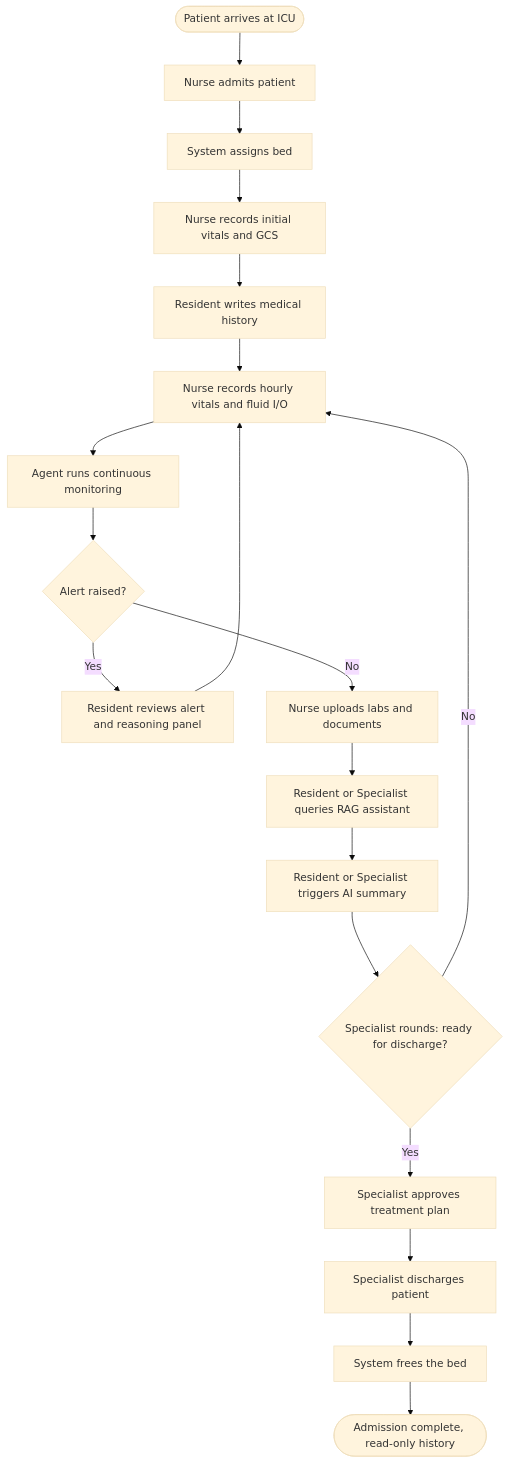
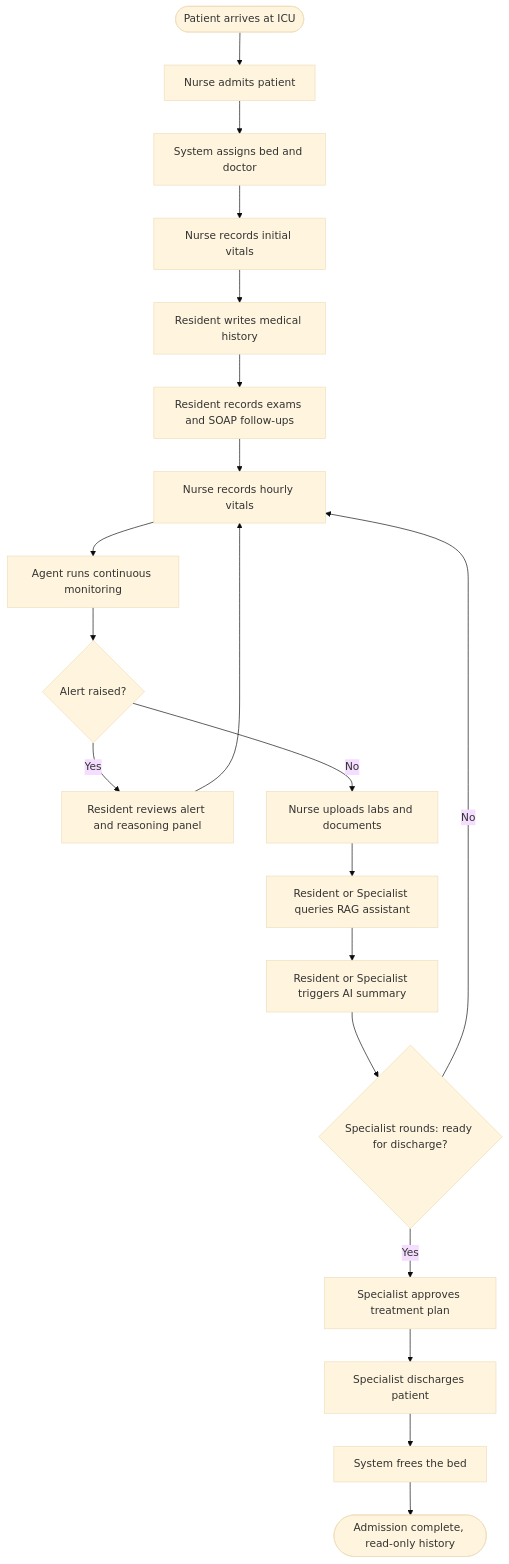
Diagram 16 of 16 in docs/System-Flows.md (ITI-OS-Team-2026/ICU-Management-Project), drawn with Mermaid (base theme) before and after one commit. The commit also changed other lines of this file and 9 other files, not shown here.

````diff
--- a/docs/System-Flows.md
+++ b/docs/System-Flows.md
@@ -457,23 +491,24 @@
 ```mermaid
 flowchart TD
     Start([Patient arrives at ICU]) --> Admit[Nurse admits patient]
-    Admit --> BedAssign[System assigns bed]
-    BedAssign --> InitialVitals[Nurse records initial vitals and GCS]
+    Admit --> BedAssign[System assigns bed and doctor]
+    BedAssign --> InitialVitals[Nurse records initial vitals]
     InitialVitals --> History[Resident writes medical history]
 
-    History --> VitalsLoop[Nurse records hourly vitals and fluid I/O]
+    History --> ExamFollowUp[Resident records exams and SOAP follow-ups]
+    ExamFollowUp --> VitalsLoop[Nurse records hourly vitals]
     VitalsLoop --> AgentLoop[Agent runs continuous monitoring]
     AgentLoop --> AlertCheck{Alert raised?}
     AlertCheck -- Yes --> Triage[Resident reviews alert and reasoning panel]
     Triage --> VitalsLoop
     AlertCheck -- No --> DocLoop[Nurse uploads labs and documents]
     DocLoop --> RAGLoop[Resident or Specialist queries RAG assistant]
     RAGLoop --> SummaryLoop[Resident or Specialist triggers AI summary]
     SummaryLoop --> RoundsDecision{Specialist rounds: ready for discharge?}
 
     RoundsDecision -- No --> VitalsLoop
     RoundsDecision -- Yes --> Approve[Specialist approves treatment plan]
     Approve --> Discharge[Specialist discharges patient]
     Discharge --> BedFree[System frees the bed]
     BedFree --> End([Admission complete, read-only history])
 ```
````
